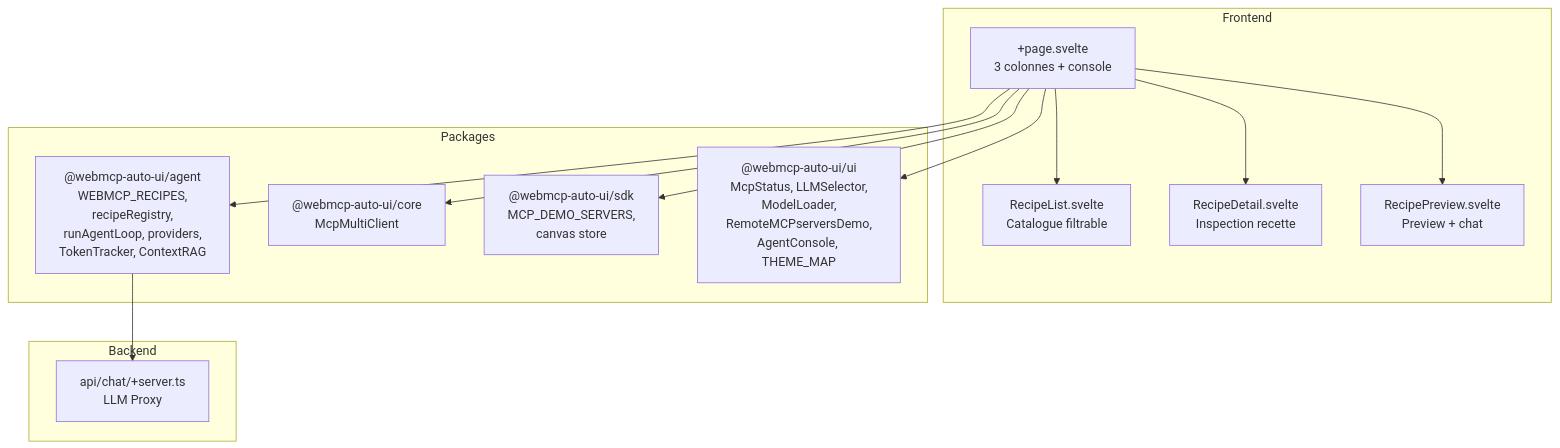
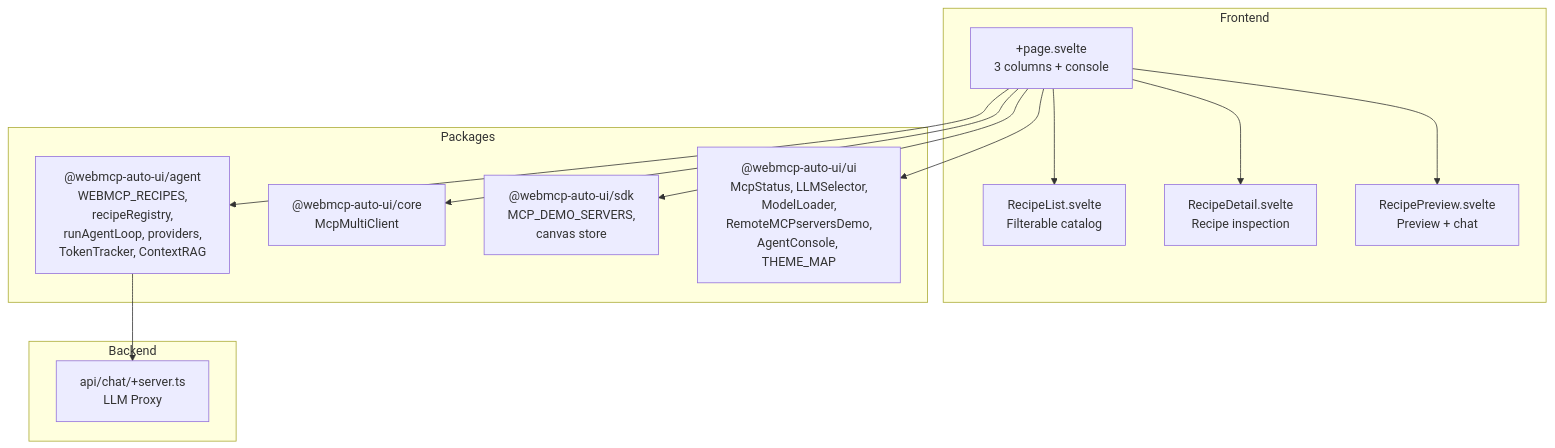
Before and after one commit to jeanbaptiste/webmcp-auto-ui: the diagram in docs/starlight/src/content/docs/apps/recipes.md, drawn with Mermaid. The commit also changed other lines of this file and 94 other files, not shown here.

````diff
--- a/docs/starlight/src/content/docs/apps/recipes.md
+++ b/docs/starlight/src/content/docs/apps/recipes.md
@@ -32,24 +32,24 @@
 ```mermaid
 graph TD
     subgraph Frontend
-        Page["+page.svelte<br/>3 colonnes + console"]
-        RecipeList["RecipeList.svelte<br/>Catalogue filtrable"]
-        RecipeDetail["RecipeDetail.svelte<br/>Inspection recette"]
+        Page["+page.svelte<br/>3 columns + console"]
+        RecipeList["RecipeList.svelte<br/>Filterable catalog"]
+        RecipeDetail["RecipeDetail.svelte<br/>Recipe inspection"]
         RecipePreview["RecipePreview.svelte<br/>Preview + chat"]
     end
 
     subgraph Packages
         Agent["@webmcp-auto-ui/agent<br/>WEBMCP_RECIPES,<br/>recipeRegistry,<br/>runAgentLoop, providers,<br/>TokenTracker, ContextRAG"]
         Core["@webmcp-auto-ui/core<br/>McpMultiClient"]
         SDK["@webmcp-auto-ui/sdk<br/>MCP_DEMO_SERVERS,<br/>canvas store"]
         UI["@webmcp-auto-ui/ui<br/>McpStatus, LLMSelector,<br/>ModelLoader,<br/>RemoteMCPserversDemo,<br/>AgentConsole, THEME_MAP"]
     end
 
     subgraph Backend
         Proxy["api/chat/+server.ts<br/>LLM Proxy"]
     end
 
     Page --> RecipeList & RecipeDetail & RecipePreview
     Page --> Agent & Core & SDK & UI
     Agent --> Proxy
 ```
````
